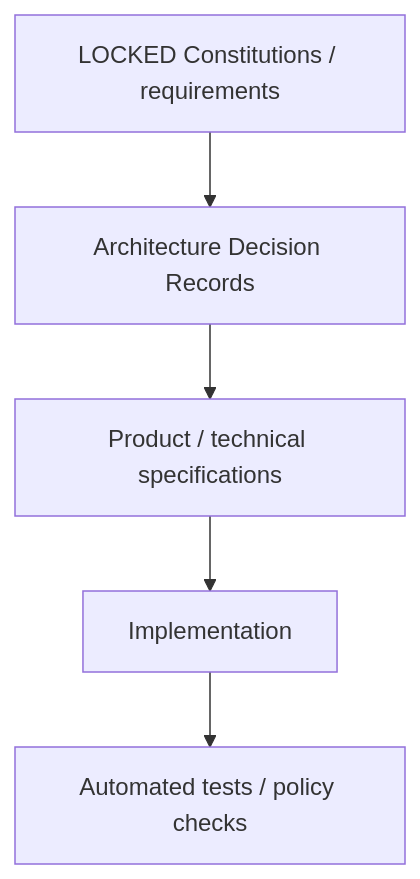
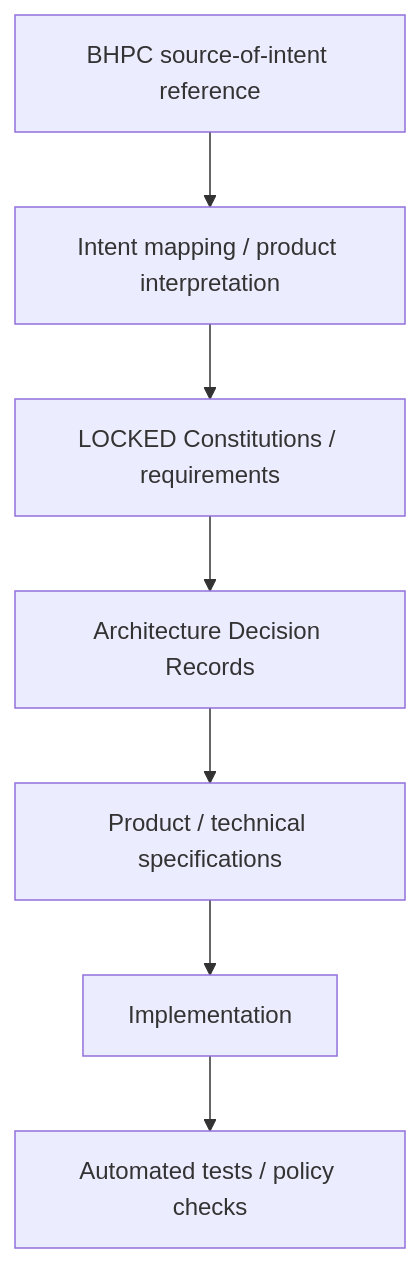
One commit to seq23/aplayer-mode changed the first of 2 diagrams in docs/README.md. Above: the diagram before and after it, drawn with Mermaid. The commit also changed other lines of this file, not shown here.

Commit message:
docs: index BHPC source-of-intent reference

````diff
--- a/docs/README.md
+++ b/docs/README.md
@@ -49,7 +63,9 @@
 ```mermaid
 flowchart TD
+  SRC[BHPC source-of-intent reference] --> MAP[Intent mapping / product interpretation]
   C[LOCKED Constitutions / requirements] --> ADR[Architecture Decision Records]
+  MAP --> C
   ADR --> SPEC[Product / technical specifications]
   SPEC --> CODE[Implementation]
   CODE --> TEST[Automated tests / policy checks]
 ```
````
